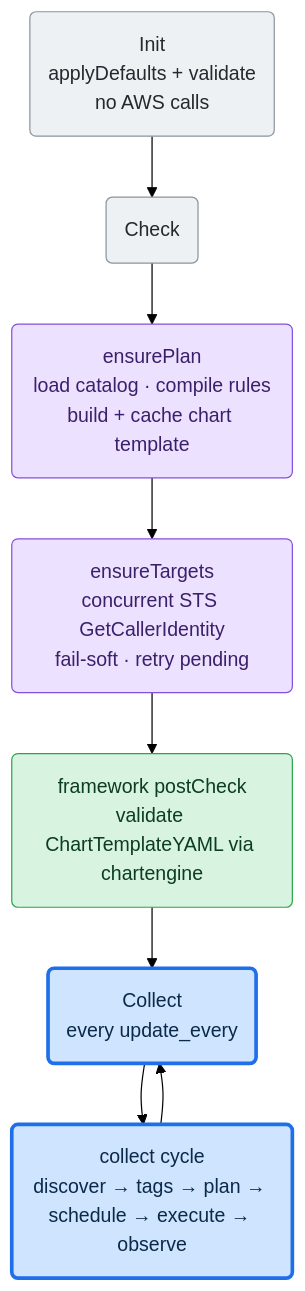
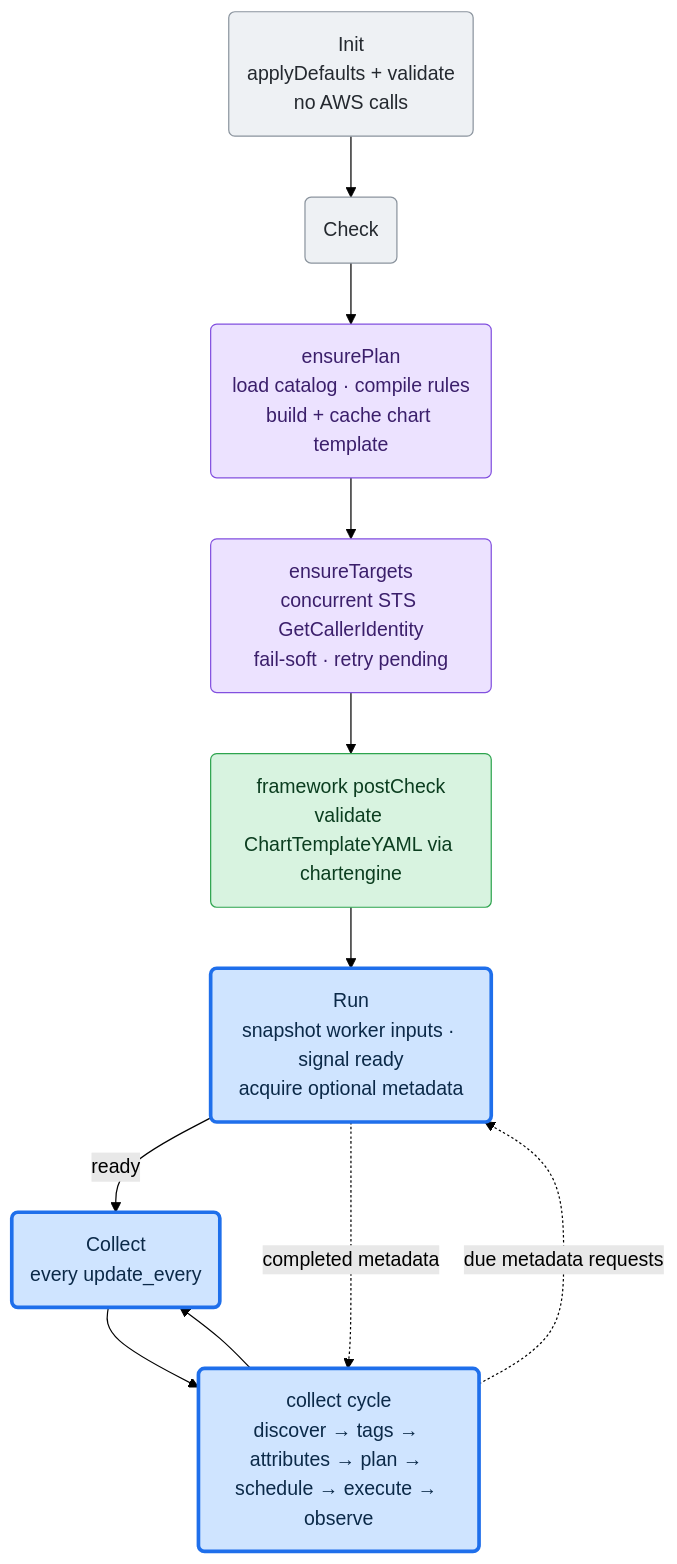
One commit to netdata/netdata changed the second of 3 diagrams in src/go/plugin/go.d/collector/cloudwatch/ARCHITECTURE.md. Above: the diagram before and after it, drawn with Mermaid (forest theme). The commit also changed other lines of this file and 28 other files, not shown here.

````diff
--- a/src/go/plugin/go.d/collector/cloudwatch/ARCHITECTURE.md
+++ b/src/go/plugin/go.d/collector/cloudwatch/ARCHITECTURE.md
@@ -90,24 +93,27 @@
 ```mermaid
 flowchart TD
     Init("Init<br/>applyDefaults + validate<br/>no AWS calls")
     Check("Check")
     Runtime("ensurePlan<br/>load catalog · compile rules<br/>build + cache chart template")
     Targets("ensureTargets<br/>concurrent STS GetCallerIdentity<br/>fail-soft · retry pending")
     Post("framework postCheck<br/>validate ChartTemplateYAML via chartengine")
+    Run("Run<br/>snapshot worker inputs · signal ready<br/>acquire optional metadata")
     Collect("Collect<br/>every update_every")
-    Cycle("collect cycle<br/>discover → tags → plan → schedule → execute → observe")
+    Cycle("collect cycle<br/>discover → tags → attributes → plan → schedule → execute → observe")
 
     Init --> Check
     Check --> Runtime --> Targets --> Post
-    Post --> Collect --> Cycle --> Collect
+    Post --> Run -->|ready| Collect --> Cycle --> Collect
+    Cycle -. due metadata requests .-> Run
+    Run -. completed metadata .-> Cycle
 
     classDef input fill:#eef1f4,stroke:#8b949e,color:#24292f;
     classDef sched fill:#ece2ff,stroke:#8250df,color:#3b1f6b;
     classDef commit fill:#d8f3e0,stroke:#2da44e,color:#0b3d1f;
     classDef core fill:#cfe4ff,stroke:#1f6feb,stroke-width:3px,color:#0b2948;
 
     class Init,Check input
     class Runtime,Targets sched
     class Post commit
-    class Collect,Cycle core
+    class Run,Collect,Cycle core
 ```
````
